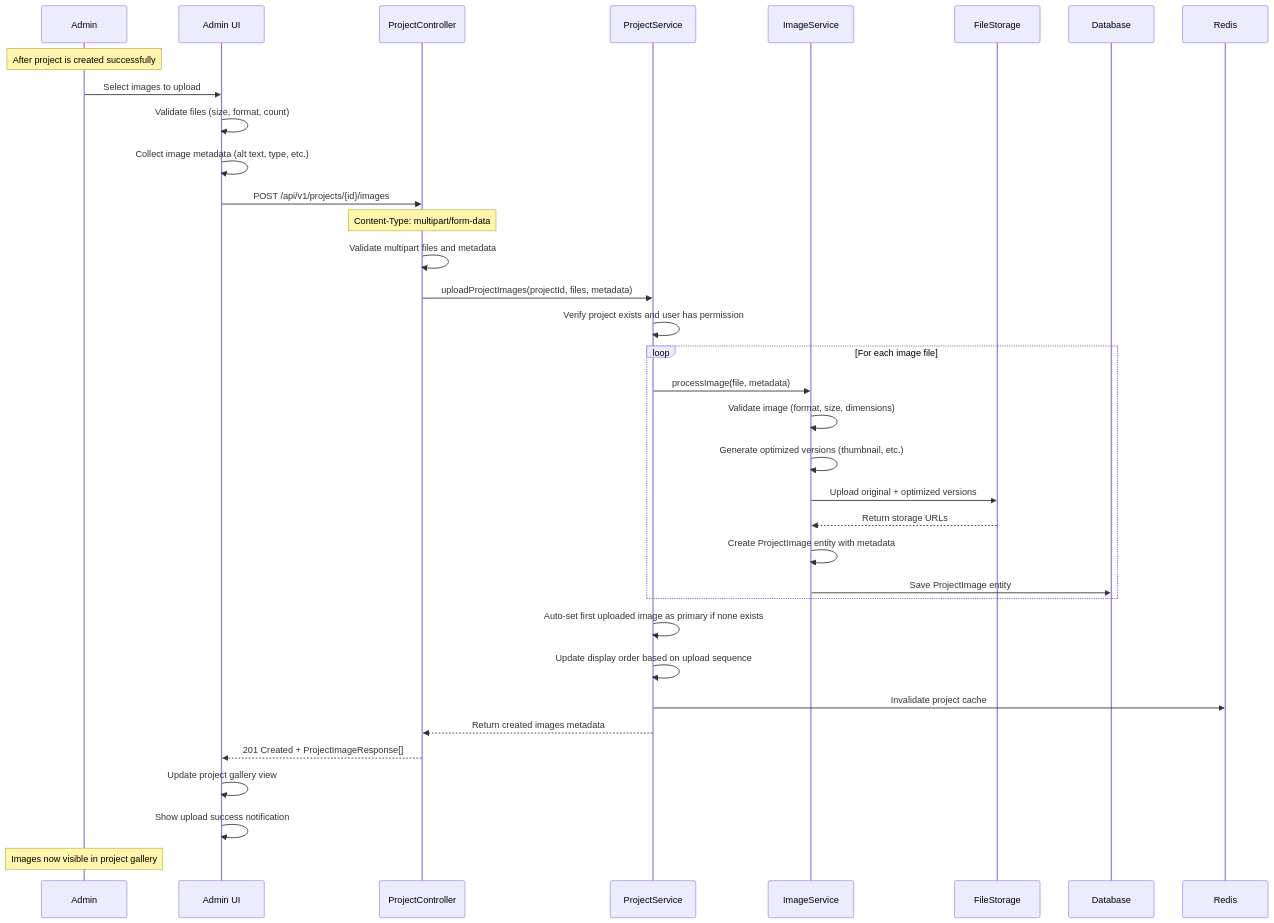
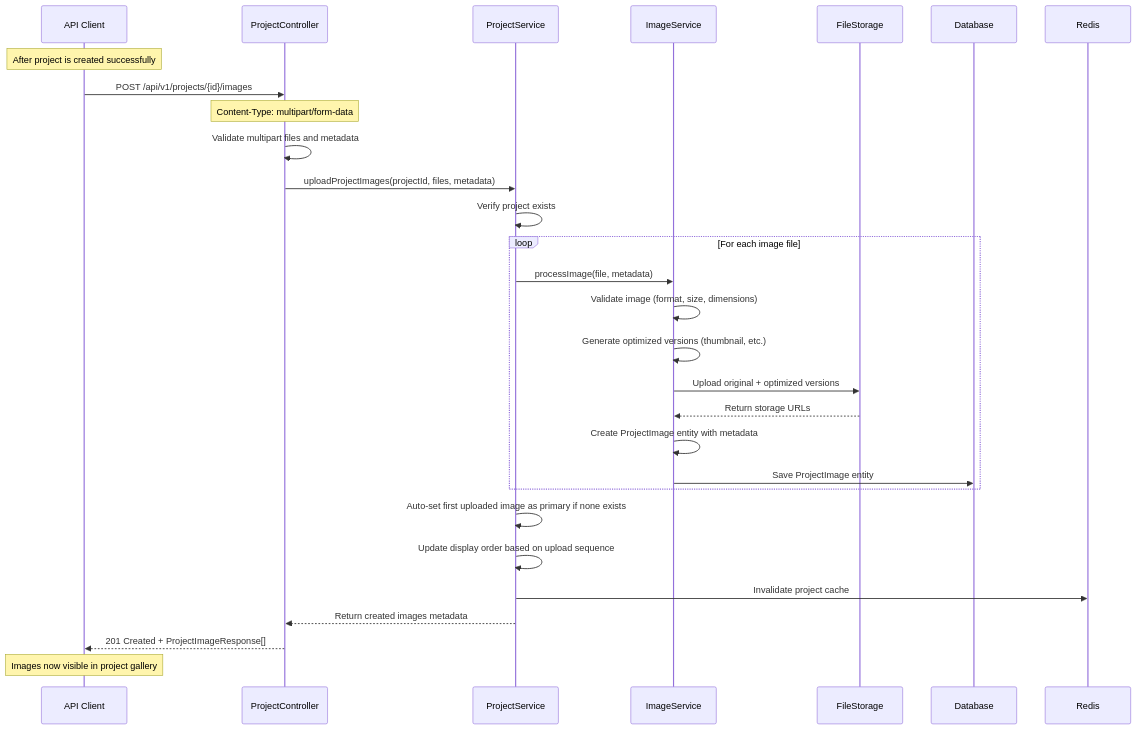
The sixth of 9 diagrams in docs/api/API_FLOWS.md (caseythecoder90/personal-website-backend), drawn with Mermaid before and after one commit. The commit also changed other lines of this file and 22 other files, not shown here.

````diff
--- a/docs/api/API_FLOWS.md
+++ b/docs/api/API_FLOWS.md
@@ -349,45 +259,38 @@
 ```mermaid
 sequenceDiagram
-    participant A as Admin
-    participant UI as Admin UI
-    participant C as ProjectController
+    participant C as API Client
+    participant Ctrl as ProjectController
     participant S as ProjectService
     participant IS as ImageService
     participant FS as FileStorage
     participant DB as Database
     participant Cache as Redis
 
-    Note over A: After project is created successfully
-    
-    A->>UI: Select images to upload
-    UI->>UI: Validate files (size, format, count)
-    UI->>UI: Collect image metadata (alt text, type, etc.)
-    
-    UI->>C: POST /api/v1/projects/{id}/images
-    Note over C: Content-Type: multipart/form-data
-    C->>C: Validate multipart files and metadata
-    C->>S: uploadProjectImages(projectId, files, metadata)
-    
-    S->>S: Verify project exists and user has permission
-    
+    Note over C: After project is created successfully
+
+    C->>Ctrl: POST /api/v1/projects/{id}/images
+    Note over Ctrl: Content-Type: multipart/form-data
+    Ctrl->>Ctrl: Validate multipart files and metadata
+    Ctrl->>S: uploadProjectImages(projectId, files, metadata)
+
+    S->>S: Verify project exists
+
     loop For each image file
         S->>IS: processImage(file, metadata)
         IS->>IS: Validate image (format, size, dimensions)
         IS->>IS: Generate optimized versions (thumbnail, etc.)
         IS->>FS: Upload original + optimized versions
         FS-->>IS: Return storage URLs
         IS->>IS: Create ProjectImage entity with metadata
         IS->>DB: Save ProjectImage entity
     end
-    
+
     S->>S: Auto-set first uploaded image as primary if none exists
     S->>S: Update display order based on upload sequence
     S->>Cache: Invalidate project cache
-    
-    S-->>C: Return created images metadata
-    C-->>UI: 201 Created + ProjectImageResponse[]
-    UI->>UI: Update project gallery view
-    UI->>UI: Show upload success notification
-    
-    Note over A: Images now visible in project gallery
+
+    S-->>Ctrl: Return created images metadata
+    Ctrl-->>C: 201 Created + ProjectImageResponse[]
+
+    Note over C: Images now visible in project gallery
 ```
````
